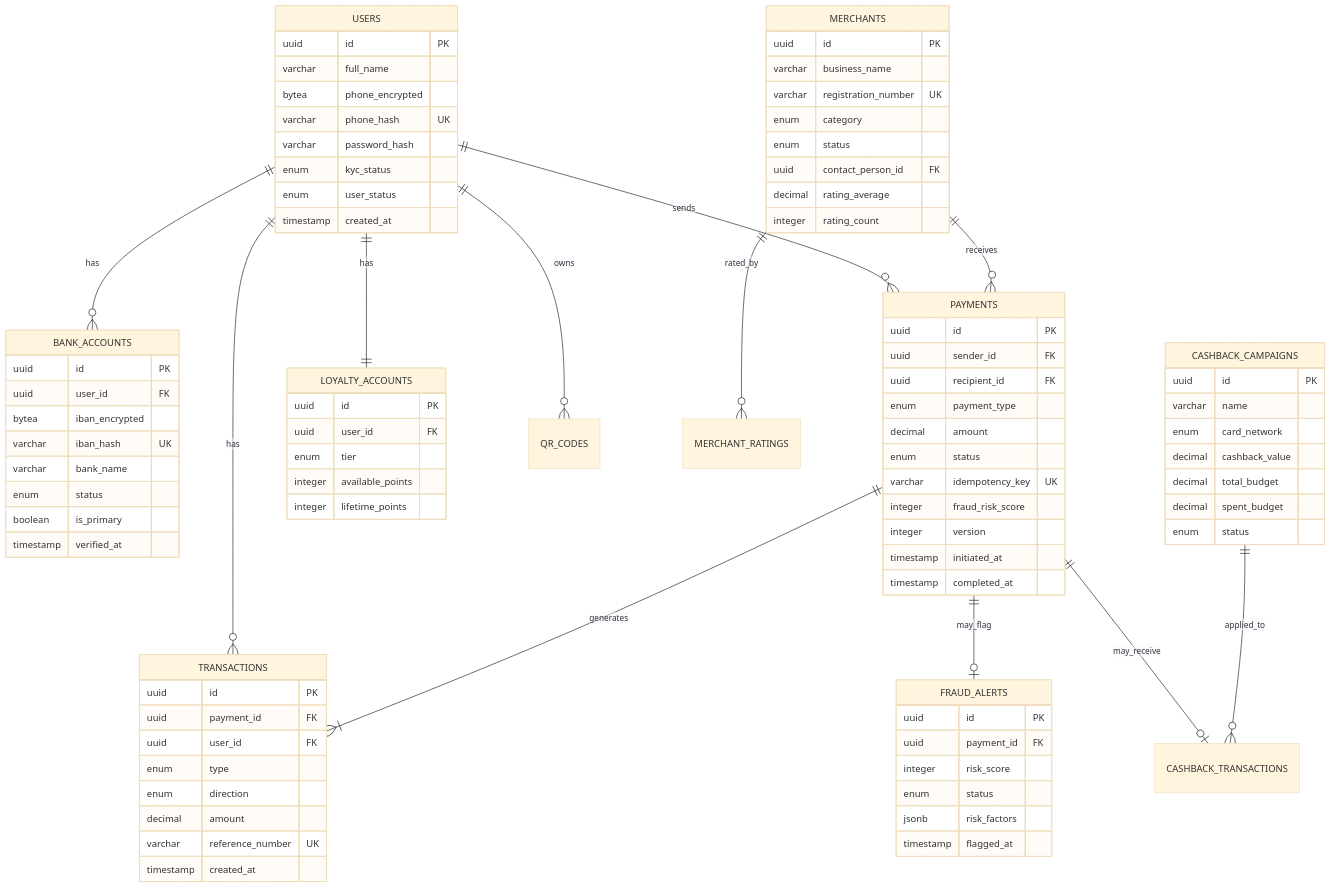
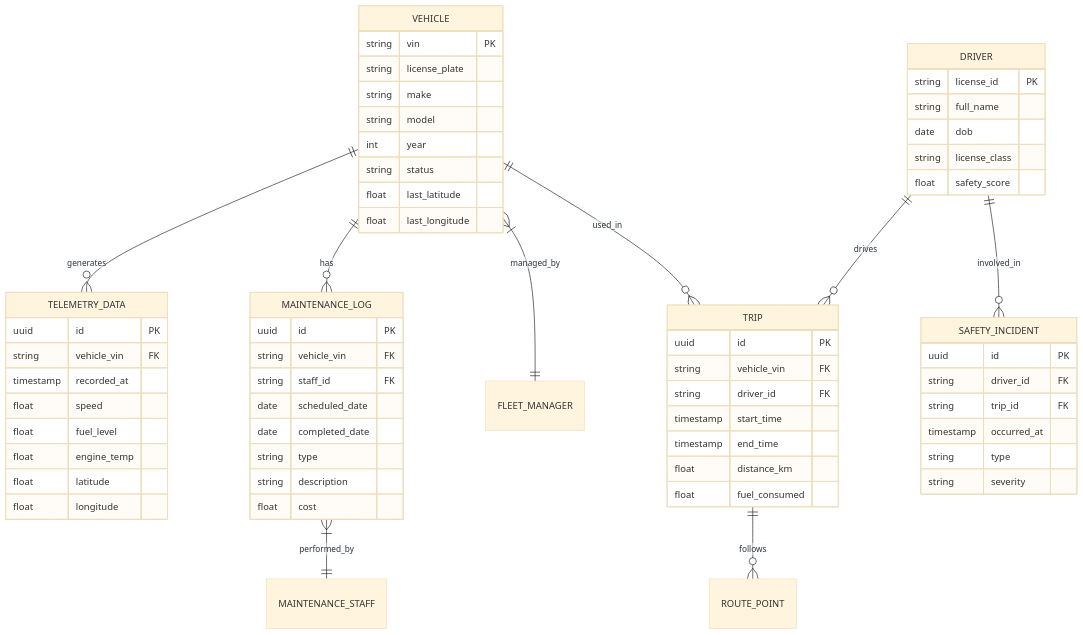
Before and after one commit to adityasinghz/kata: the diagram in DATABASE_SCHEMA.md, drawn with Mermaid (base theme). The commit also changed other lines of this file and 17 other files, not shown here.

````diff
--- a/DATABASE_SCHEMA.md
+++ b/DATABASE_SCHEMA.md
@@ -33,102 +5,71 @@
 ```mermaid
 erDiagram
-    USERS ||--o{ BANK_ACCOUNTS : has
-    USERS ||--o{ PAYMENTS : sends
-    USERS ||--o{ TRANSACTIONS : has
-    USERS ||--|| LOYALTY_ACCOUNTS : has
-    USERS ||--o{ QR_CODES : owns
+    VEHICLE ||--o{ TELEMETRY_DATA : generates
+    VEHICLE ||--o{ MAINTENANCE_LOG : has
+    VEHICLE }|--|| FLEET_MANAGER : managed_by
+    DRIVER ||--o{ TRIP : drives
+    VEHICLE ||--o{ TRIP : used_in
+    DRIVER ||--o{ SAFETY_INCIDENT : involved_in
+    TRIP ||--o{ ROUTE_POINT : follows
+    MAINTENANCE_LOG }|--|| MAINTENANCE_STAFF : performed_by
 
-    MERCHANTS ||--o{ PAYMENTS : receives
-    MERCHANTS ||--o{ MERCHANT_RATINGS : rated_by
-
-    PAYMENTS ||--|{ TRANSACTIONS : generates
-    PAYMENTS ||--o| FRAUD_ALERTS : may_flag
-    PAYMENTS ||--o| CASHBACK_TRANSACTIONS : may_receive
-
-    CASHBACK_CAMPAIGNS ||--o{ CASHBACK_TRANSACTIONS : applied_to
-
-    USERS {
-        uuid id PK
-        varchar full_name
-        bytea phone_encrypted
-        varchar phone_hash UK
-        varchar password_hash
-        enum kyc_status
-        enum user_status
-        timestamp created_at
+    VEHICLE {
+        string vin PK
+        string license_plate
+        string make
+        string model
+        int year
+        string status
+        float last_latitude
+        float last_longitude
     }
 
-    BANK_ACCOUNTS {
-        uuid id PK
-        uuid user_id FK
-        bytea iban_encrypted
-        varchar iban_hash UK
-        varchar bank_name
-        enum status
-        boolean is_primary
-        timestamp verified_at
+    DRIVER {
+        string license_id PK
+        string full_name
+        date dob
+        string license_class
+        float safety_score
     }
 
-    MERCHANTS {
+    TELEMETRY_DATA {
         uuid id PK
-        varchar business_name
-        varchar registration_number UK
-        enum category
-        enum status
-        uuid contact_person_id FK
-        decimal rating_average
-        integer rating_count
+        string vehicle_vin FK
+        timestamp recorded_at
+        float speed
+        float fuel_level
+        float engine_temp
+        float latitude
+        float longitude
     }
 
-    PAYMENTS {
+    MAINTENANCE_LOG {
         uuid id PK
-        uuid sender_id FK
-        uuid recipient_id FK
-        enum payment_type
-        decimal amount
-        enum status
-        varchar idempotency_key UK
-        integer fraud_risk_score
-        integer version
-        timestamp initiated_at
-        timestamp completed_at
+        string vehicle_vin FK
+        string staff_id FK
+        date scheduled_date
+        date completed_date
+        string type
+        string description
+        float cost
     }
 
-    TRANSACTIONS {
+    TRIP {
         uuid id PK
-        uuid payment_id FK
-        uuid user_id FK
-        enum type
-        enum direction
-        decimal amount
-        varchar reference_number UK
-        timestamp created_at
+        string vehicle_vin FK
+        string driver_id FK
+        timestamp start_time
+        timestamp end_time
+        float distance_km
+        float fuel_consumed
     }
 
-    FRAUD_ALERTS {
+    SAFETY_INCIDENT {
         uuid id PK
-        uuid payment_id FK
-        integer risk_score
-        enum status
-        jsonb risk_factors
-        timestamp flagged_at
-    }
-
-    LOYALTY_ACCOUNTS {
-        uuid id PK
-        uuid user_id FK
-        enum tier
-        integer available_points
-        integer lifetime_points
-    }
-
-    CASHBACK_CAMPAIGNS {
-        uuid id PK
-        varchar name
-        enum card_network
-        decimal cashback_value
-        decimal total_budget
-        decimal spent_budget
-        enum status
+        string driver_id FK
+        string trip_id FK
+        timestamp occurred_at
+        string type
+        string severity
     }
 ```
````
